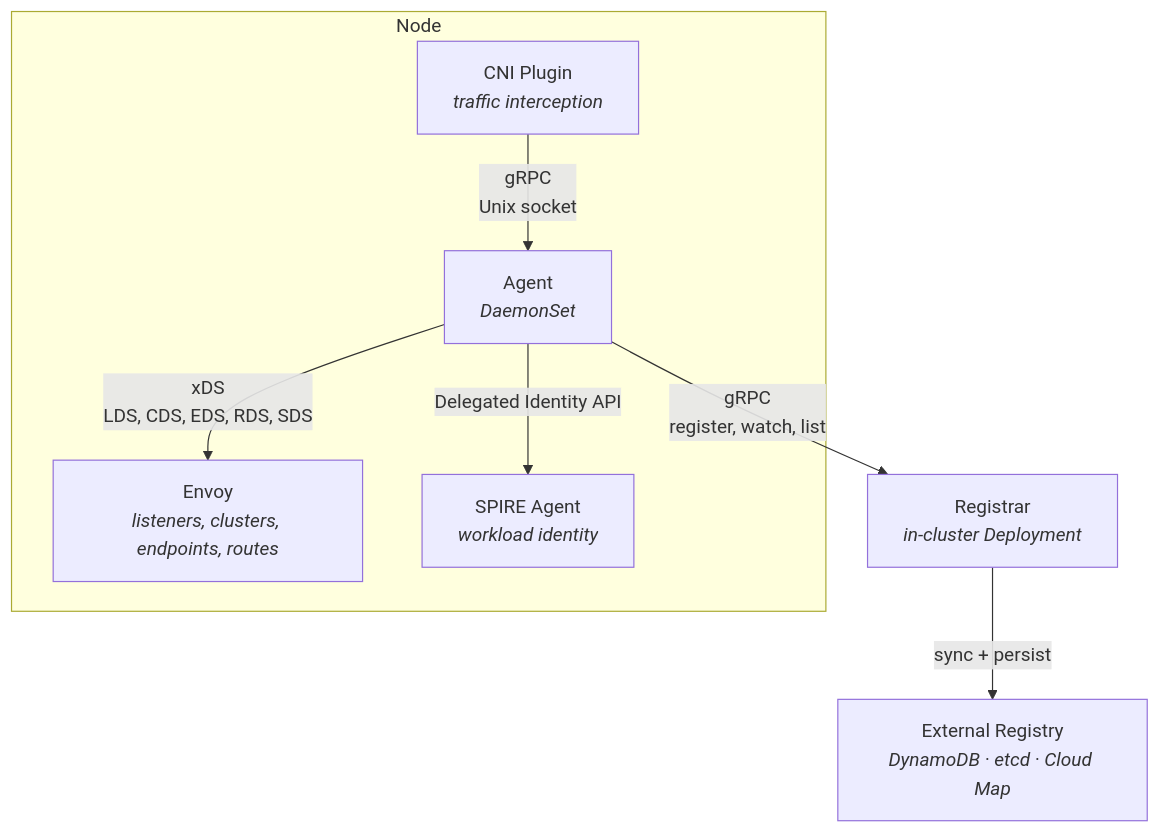
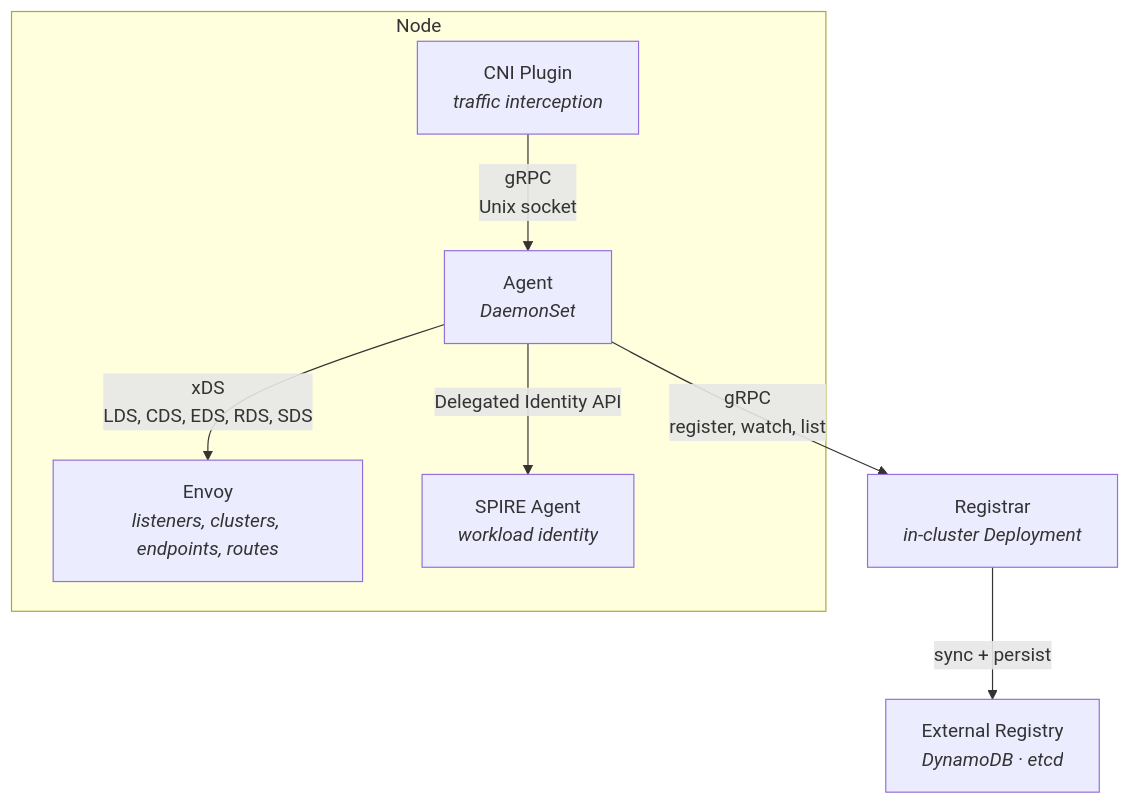
The diagram in README.md (bpalermo/aether), drawn with Mermaid before and after one commit. The commit also changed other lines of this file and 25 other files, not shown here.

````diff
--- a/README.md
+++ b/README.md
@@ -7,19 +7,19 @@
 ```mermaid
 graph TD
     subgraph Node
         CNI["CNI Plugin<br/><i>traffic interception</i>"]
         Agent["Agent<br/><i>DaemonSet</i>"]
         Envoy["Envoy<br/><i>listeners, clusters, endpoints, routes</i>"]
         SPIRE["SPIRE Agent<br/><i>workload identity</i>"]
 
         CNI -- "gRPC<br/>Unix socket" --> Agent
         Agent -- "xDS<br/>LDS, CDS, EDS, RDS, SDS" --> Envoy
         Agent -- "Delegated Identity API" --> SPIRE
     end
 
     Registrar["Registrar<br/><i>in-cluster Deployment</i>"]
     Agent -- "gRPC<br/>register, watch, list" --> Registrar
 
-    Registry["External Registry<br/><i>DynamoDB · etcd · Cloud Map</i>"]
+    Registry["External Registry<br/><i>DynamoDB · etcd</i>"]
     Registrar -- "sync + persist" --> Registry
 ```
````
